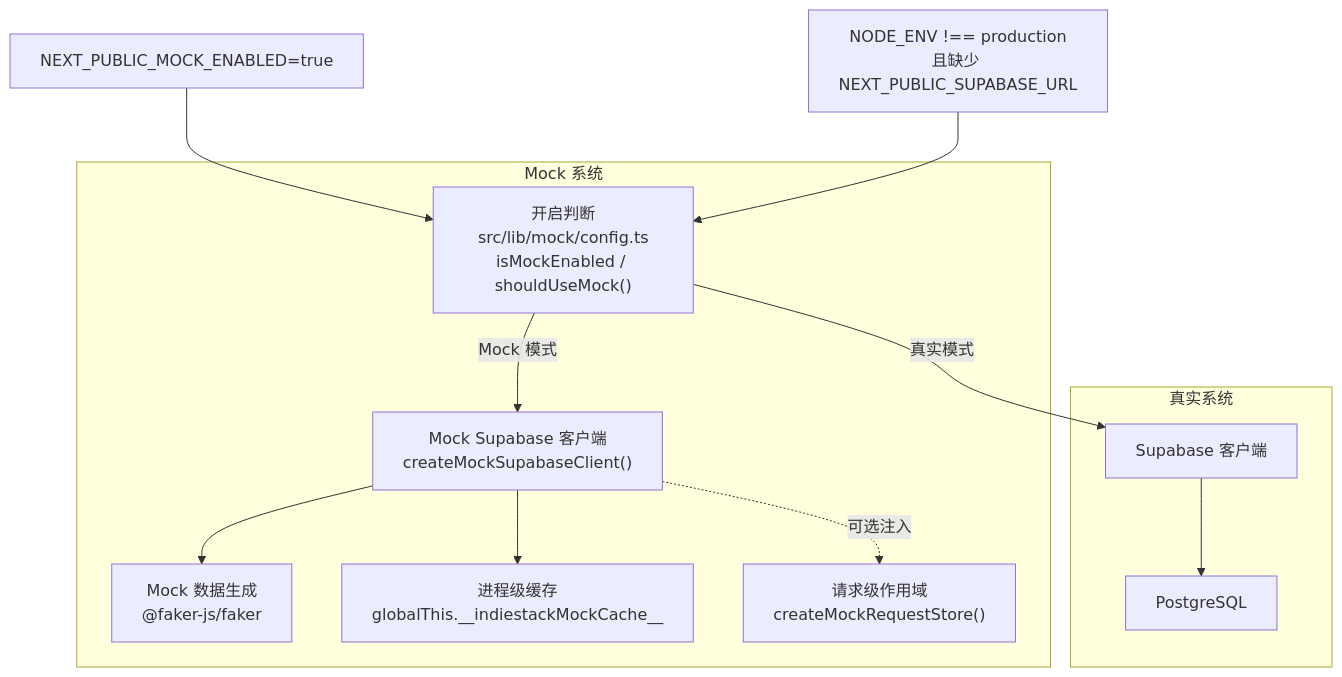
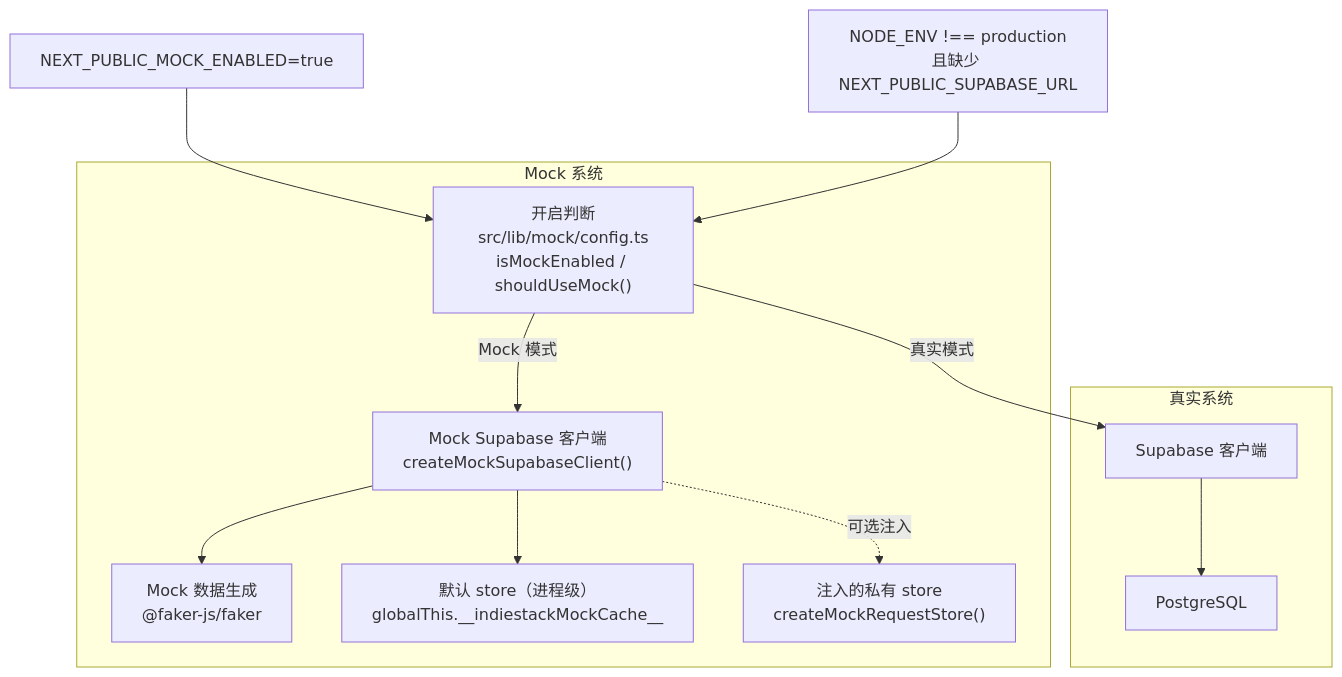
Before and after one commit to Sun1090/IndieStack: the first of 4 diagrams in docs/architecture/13-mock-system.md, drawn with Mermaid. The commit also changed other lines of this file and 4 other files, not shown here.

First line of the commit message:
refactor(mock): 删掉 21 个只写不读的模块级镜像，store 成为 mock 状态的唯一来源

````diff
--- a/docs/architecture/13-mock-system.md
+++ b/docs/architecture/13-mock-system.md
@@ -12,24 +12,24 @@
 ```mermaid
 graph TD
     subgraph MockSystem["Mock 系统"]
         Config["开启判断<br/>src/lib/mock/config.ts<br/>isMockEnabled / shouldUseMock()"]
         MockClient["Mock Supabase 客户端<br/>createMockSupabaseClient()"]
         MockData["Mock 数据生成<br/>@faker-js/faker"]
-        Cache["进程级缓存<br/>globalThis.__indiestackMockCache__"]
-        ReqStore["请求级作用域<br/>createMockRequestStore()"]
+        Cache["默认 store（进程级）<br/>globalThis.__indiestackMockCache__"]
+        ReqStore["注入的私有 store<br/>createMockRequestStore()"]
     end
 
     subgraph RealSystem["真实系统"]
         RealClient["Supabase 客户端"]
         RealDB["PostgreSQL"]
     end
 
     EnvVar["NEXT_PUBLIC_MOCK_ENABLED=true"] --> Config
     NoSupabase["NODE_ENV !== production<br/>且缺少 NEXT_PUBLIC_SUPABASE_URL"] --> Config
     Config -->|Mock 模式| MockClient
     Config -->|真实模式| RealClient
     MockClient --> MockData
     MockClient --> Cache
     MockClient -.可选注入.-> ReqStore
     RealClient --> RealDB
 ```
````
